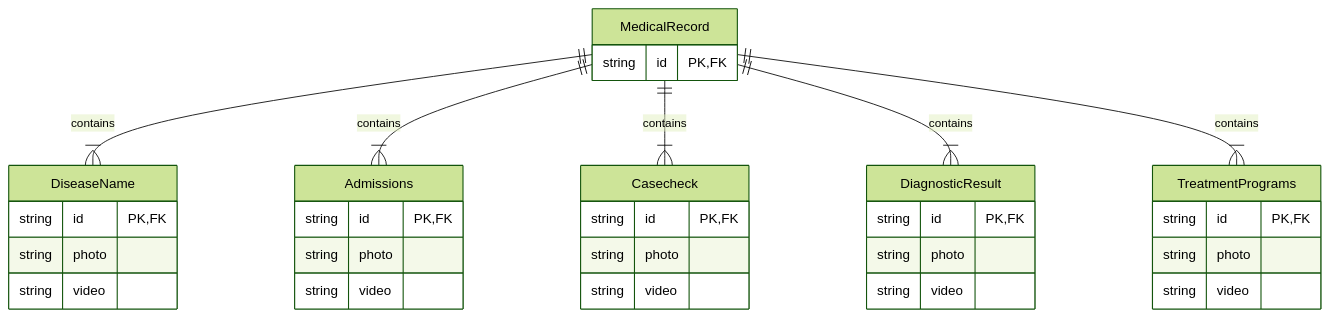
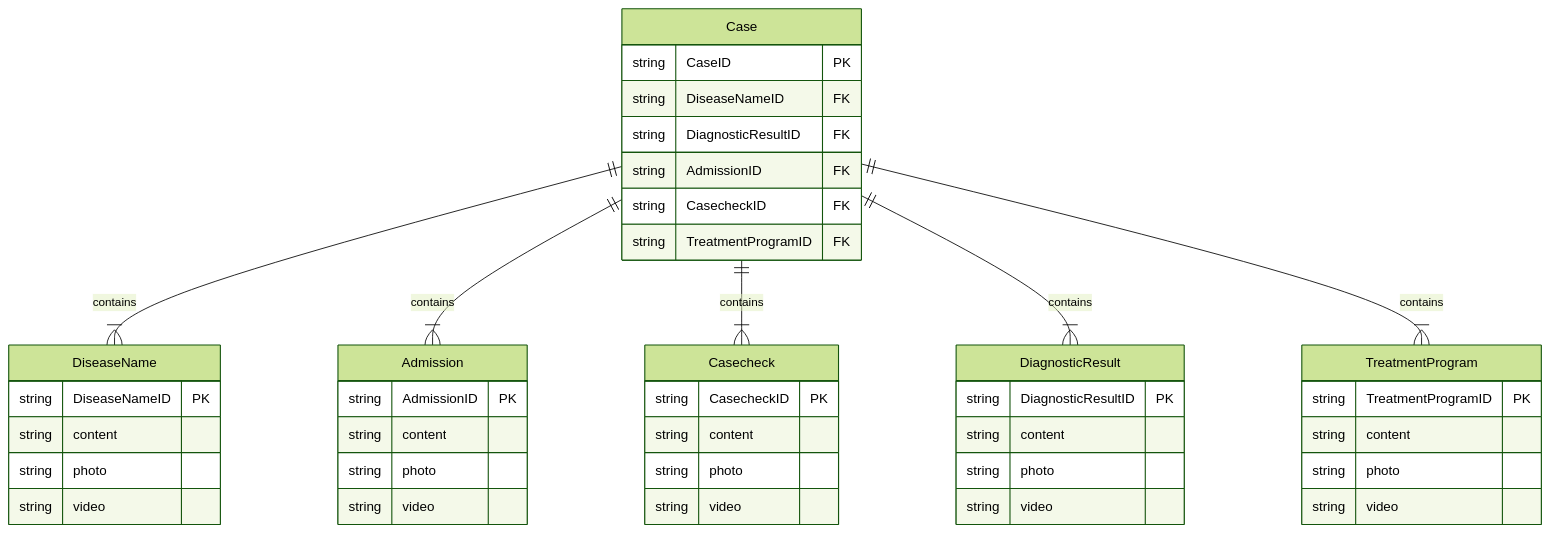
The diagram in medicalRecordManagement/README.md (SoftwareDevelopmentPractice6/virtualPetHospital-backend), drawn with Mermaid (forest theme) before and after one commit.

Commit message:
feat: Add module medical record management

````diff
--- a/medicalRecordManagement/README.md
+++ b/medicalRecordManagement/README.md
@@ -22,36 +22,47 @@
 ``` mermaid
 erDiagram
-    MedicalRecord {
-        string id PK,FK
+   
+    Case {
+        string CaseID PK
+        string DiseaseNameID FK
+        string DiagnosticResultID FK
+        string AdmissionID FK
+        string CasecheckID FK
+        string TreatmentProgramID FK
     }
-    MedicalRecord ||--|{ DiseaseName : contains
-    MedicalRecord ||--|{ Admissions : contains
-    MedicalRecord ||--|{ Casecheck : contains
-    MedicalRecord ||--|{ DiagnosticResult : contains
-    MedicalRecord ||--|{ TreatmentPrograms : contains
+    Case ||--|{ DiseaseName : contains
+    Case ||--|{ Admission : contains
+    Case ||--|{ Casecheck : contains
+    Case ||--|{ DiagnosticResult : contains
+    Case ||--|{ TreatmentProgram : contains
     DiseaseName {
-        string id PK,FK
+        string DiseaseNameID PK
+        string content
         string photo
         string video
     }
     DiagnosticResult {
-        string id PK,FK
+        string DiagnosticResultID PK
+        string content
         string photo
         string video
     }
-    Admissions {
-        string id PK,FK
+    Admission {
+        string AdmissionID PK
+        string content
         string photo
         string video
     }
     Casecheck { 
-        string id PK,FK
+        string CasecheckID PK
+        string content
         string photo
         string video
     }
-    TreatmentPrograms {
-        string id PK,FK
+    TreatmentProgram {
+        string TreatmentProgramID PK
+        string content
         string photo
         string video
     }
 ```
````
